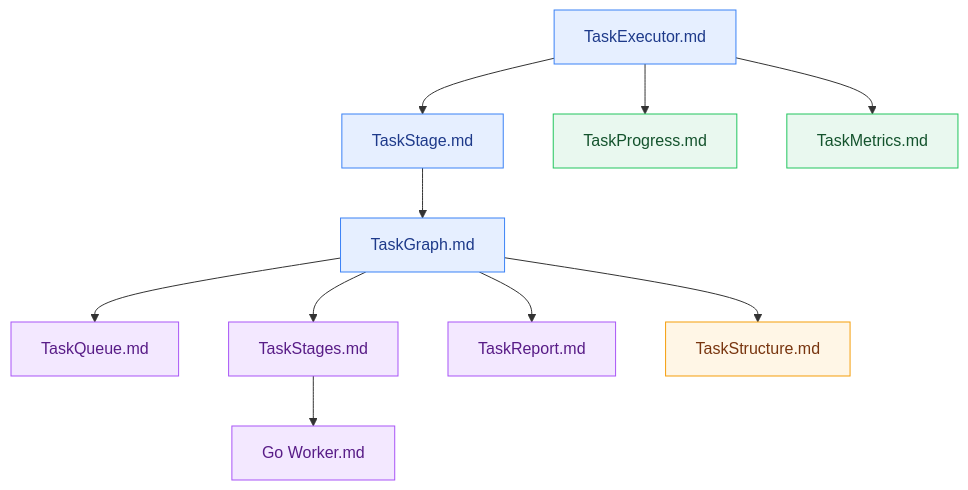
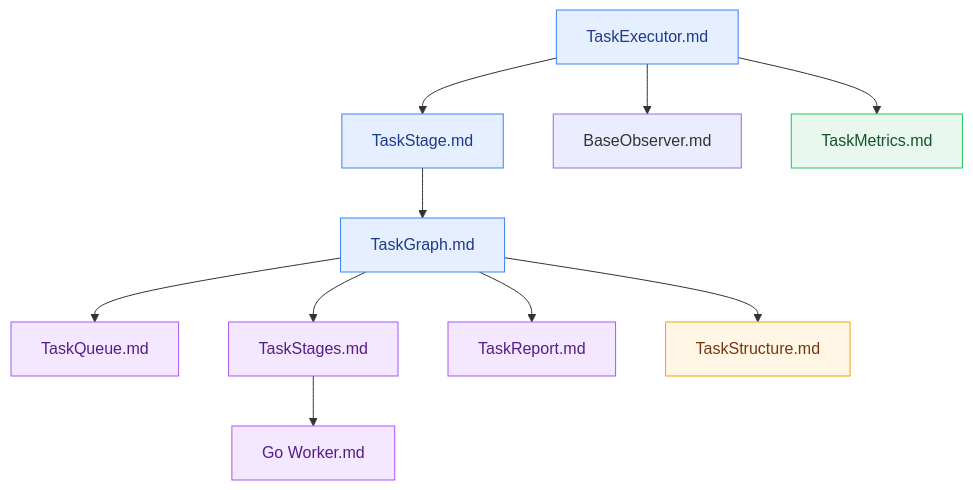
Before and after one commit to Mr-xiaotian/CelestialFlow: the second of 2 diagrams in README.md, drawn with Mermaid. The commit also changed other lines of this file and 1 other file, not shown here.

````diff
--- a/README.md
+++ b/README.md
@@ -158,24 +158,24 @@
 ```mermaid
 flowchart TD
     classDef core fill:#e6efff,stroke:#3b82f6,color:#1e3a8a;
     classDef runtime fill:#e9f8ef,stroke:#22c55e,color:#14532d;
     classDef structure fill:#fff6e6,stroke:#f59e0b,color:#78350f;
     classDef execution fill:#f3e8ff,stroke:#a855f7,color:#581c87;
 
     TM[TaskExecutor.md] --> TS[TaskStage.md] --> TG[TaskGraph.md]
-    TM --> TP[TaskProgress.md]
+    TM --> OB[BaseObserver.md]
     TM --> TME[TaskMetrics.md]
 
     TG --> TQ[TaskQueue.md]
     TG --> TN[TaskStages.md]
     TG --> TR[TaskReport.md]
     TG --> TSR[TaskStructure.md]
 
     TN --> GW[Go Worker.md]
 
     class TM,TS,TG core;
     class TP,TME runtime;
     class TSR structure;
     class TQ,TN,GW execution;
     class TR execution;
 ```
````
